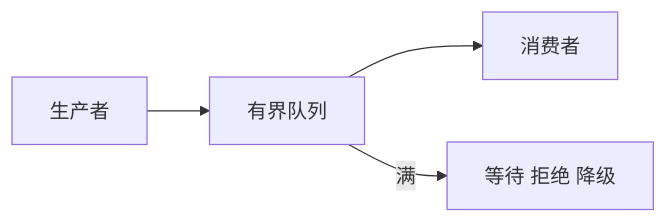
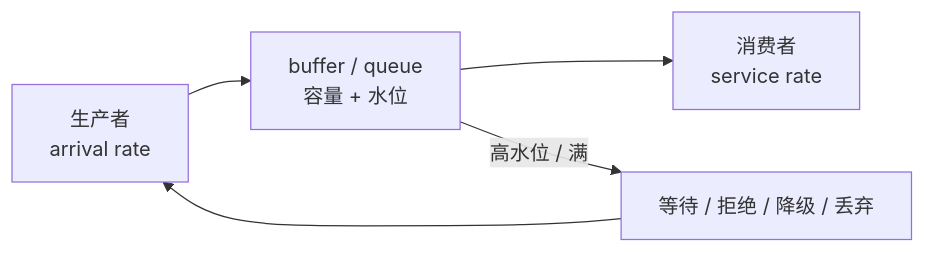
One commit to OnlyHero5/sglang-reading-vault changed the diagram in AI-Infra课程/基础知识/并发进程与背压.md. Above: the diagram before and after it, drawn with Mermaid. The commit also changed other lines of this file and 512 other files, not shown here.

````diff
--- a/AI-Infra课程/基础知识/并发进程与背压.md
+++ b/AI-Infra课程/基础知识/并发进程与背压.md
@@ -40,5 +41,10 @@
 ```mermaid
 flowchart LR
-    P["生产者"] --> Q["有界队列"] --> C["消费者"]
-    Q -->|"满"| W["等待 拒绝 降级"]
+    P["生产者<br/>arrival rate"]
+    Q["buffer / queue<br/>容量 + 水位"]
+    C["消费者<br/>service rate"]
+    A["等待 / 拒绝 / 降级 / 丢弃"]
+    P --> Q --> C
+    Q -->|"高水位 / 满"| A
+    A --> P
 ```
````
